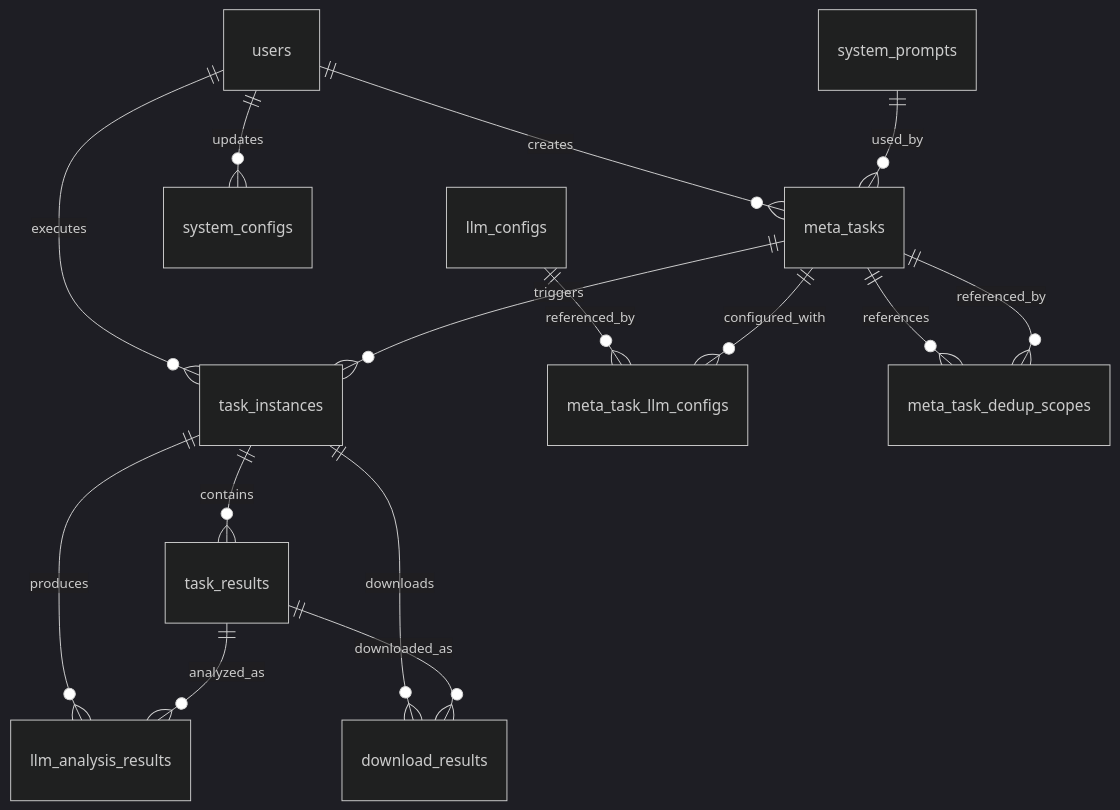
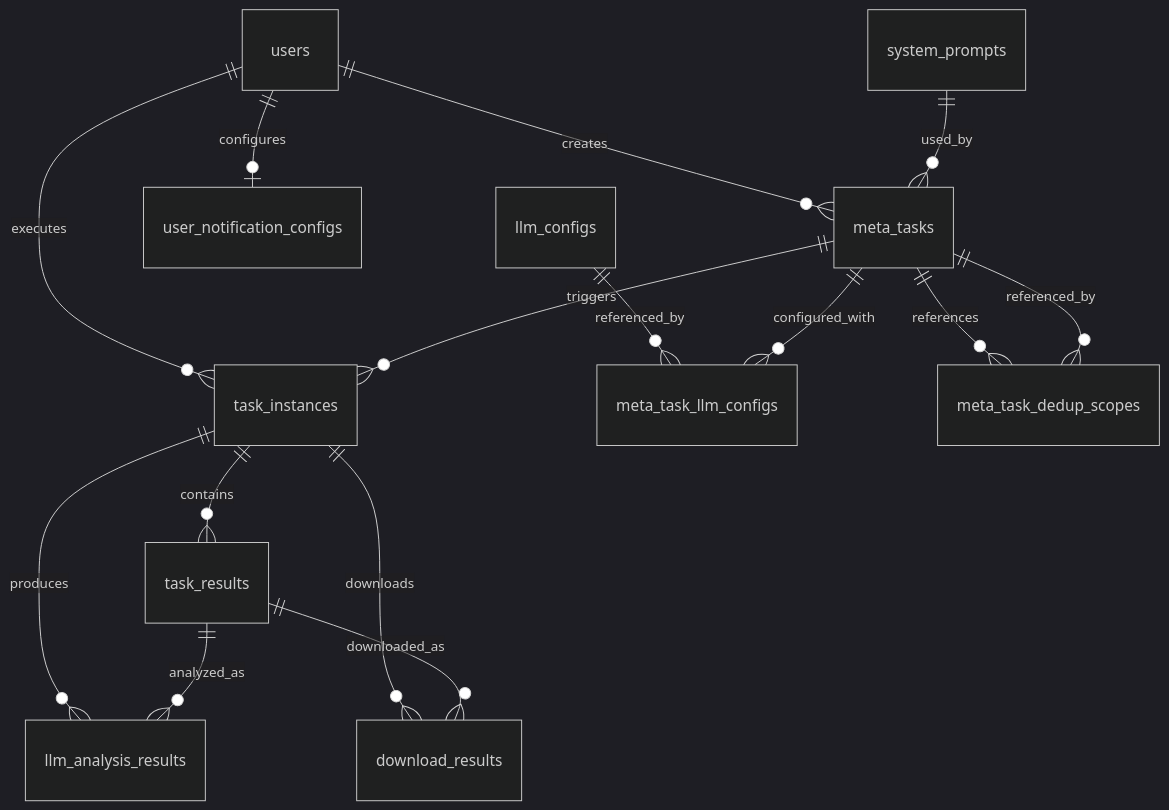
The second of 2 diagrams in docs/结构化需求文档.md (xulei-shl/sdi-cnki), drawn with Mermaid (dark theme) before and after one commit. The commit also changed other lines of this file and 17 other files, not shown here.

````diff
--- a/docs/结构化需求文档.md
+++ b/docs/结构化需求文档.md
@@ -811,22 +814,22 @@
 ```mermaid
 erDiagram
     users ||--o{ meta_tasks : "creates"
     users ||--o{ task_instances : "executes"
-    users ||--o{ system_configs : "updates"
+    users ||--o| user_notification_configs : "configures"
     
     llm_configs ||--o{ meta_task_llm_configs : "referenced_by"
     meta_tasks ||--o{ meta_task_llm_configs : "configured_with"
     system_prompts ||--o{ meta_tasks : "used_by"
     
     meta_tasks ||--o{ meta_task_dedup_scopes : "references"
     meta_tasks ||--o{ meta_task_dedup_scopes : "referenced_by"
     
     meta_tasks ||--o{ task_instances : "triggers"
     
     task_instances ||--o{ task_results : "contains"
     task_instances ||--o{ llm_analysis_results : "produces"
     task_instances ||--o{ download_results : "downloads"
     
     task_results ||--o{ llm_analysis_results : "analyzed_as"
     task_results ||--o{ download_results : "downloaded_as"
 ```
````
